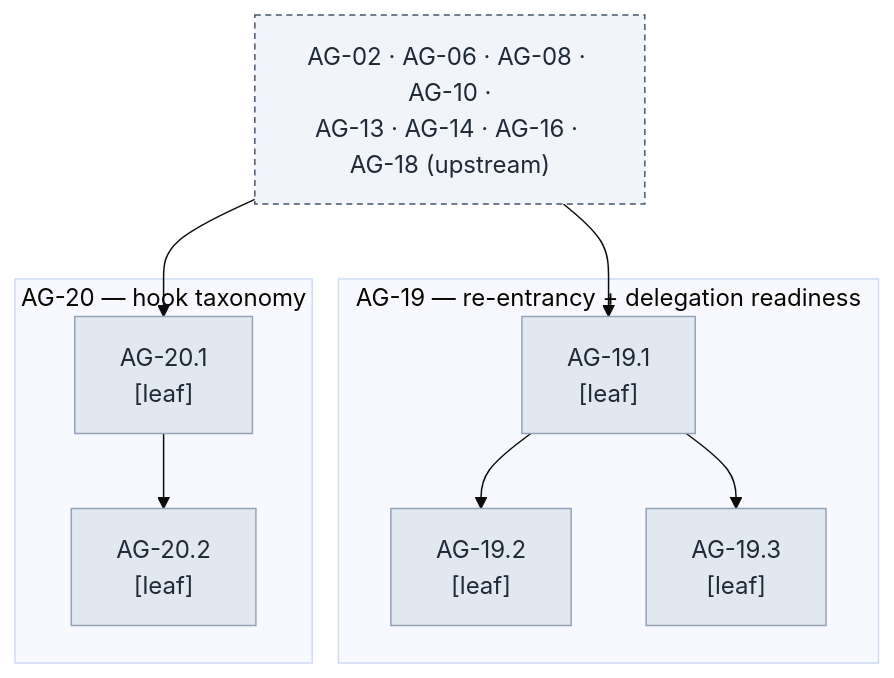
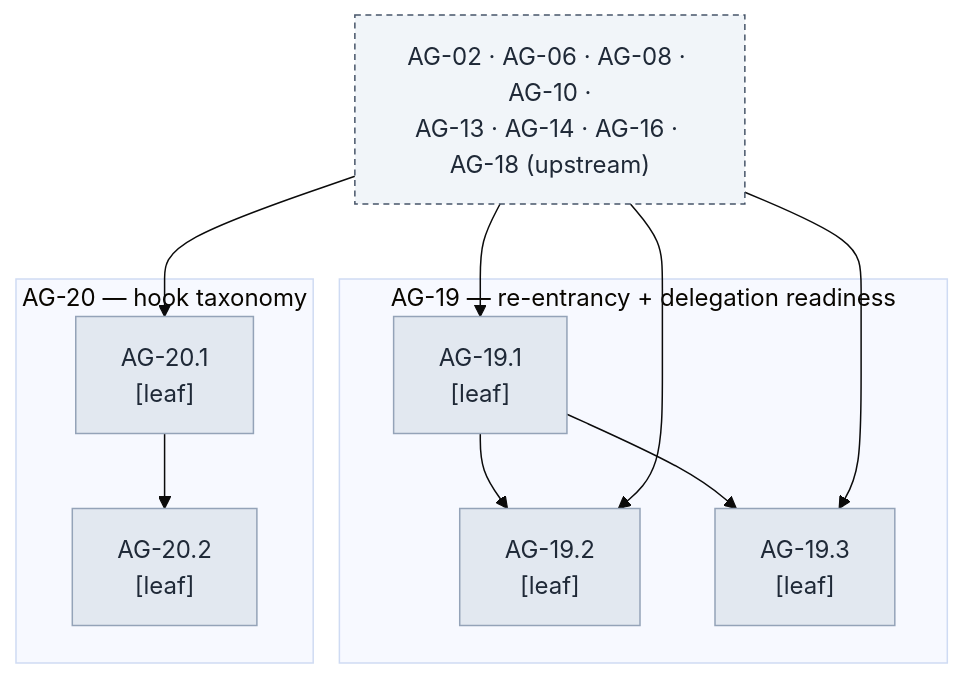
One commit to witsaba/cachicamas changed diagram 22 of 28 in docs/architecture/milestones/0003-cachicamas-agent-layer-2-task-graph.md. Above: the diagram before and after it, drawn with Mermaid (base theme). The commit also changed other lines of this file, not shown here.

````diff
--- a/docs/architecture/milestones/0003-cachicamas-agent-layer-2-task-graph.md
+++ b/docs/architecture/milestones/0003-cachicamas-agent-layer-2-task-graph.md
@@ -1748,23 +1766,25 @@
 ```mermaid
 flowchart TB
     GATE["AG-02 · AG-06 · AG-08 · AG-10 ·<br/>AG-13 · AG-14 · AG-16 · AG-18 (upstream)"]
     subgraph AG19["AG-19 — re-entrancy + delegation readiness"]
         AG19_1["AG-19.1<br/>[leaf]"]
         AG19_2["AG-19.2<br/>[leaf]"]
         AG19_3["AG-19.3<br/>[leaf]"]
         AG19_1 --> AG19_2
         AG19_1 --> AG19_3
     end
     subgraph AG20["AG-20 — hook taxonomy"]
         AG20_1["AG-20.1<br/>[leaf]"]
         AG20_2["AG-20.2<br/>[leaf]"]
         AG20_1 --> AG20_2
     end
     GATE --> AG19_1
+    GATE --> AG19_2
+    GATE --> AG19_3
     GATE --> AG20_1
 
     classDef leaf fill:#e2e8f0,stroke:#94a3b8,color:#1f2937
     classDef gate fill:#f1f5f9,stroke:#475569,color:#1f2937,stroke-dasharray: 4 3
     class AG19_1,AG19_2,AG19_3,AG20_1,AG20_2 leaf
     class GATE gate
 ```
````
